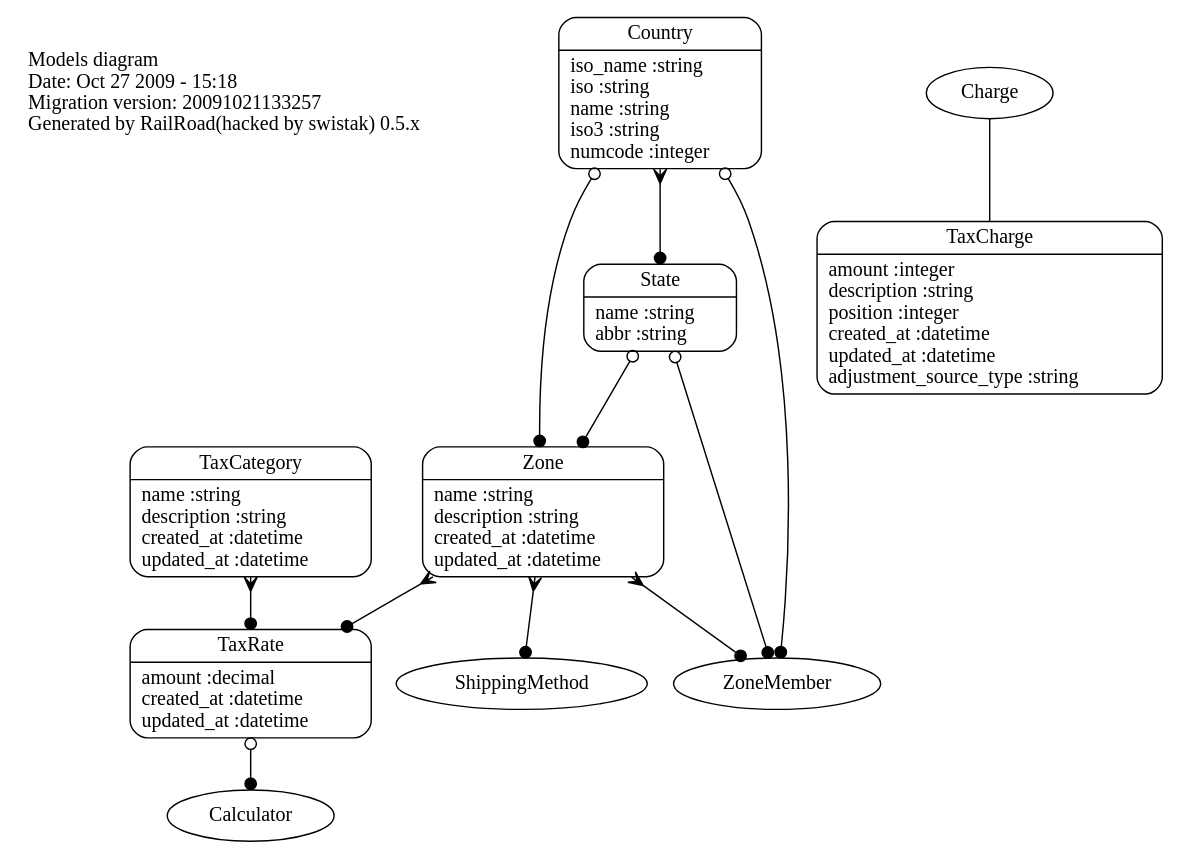
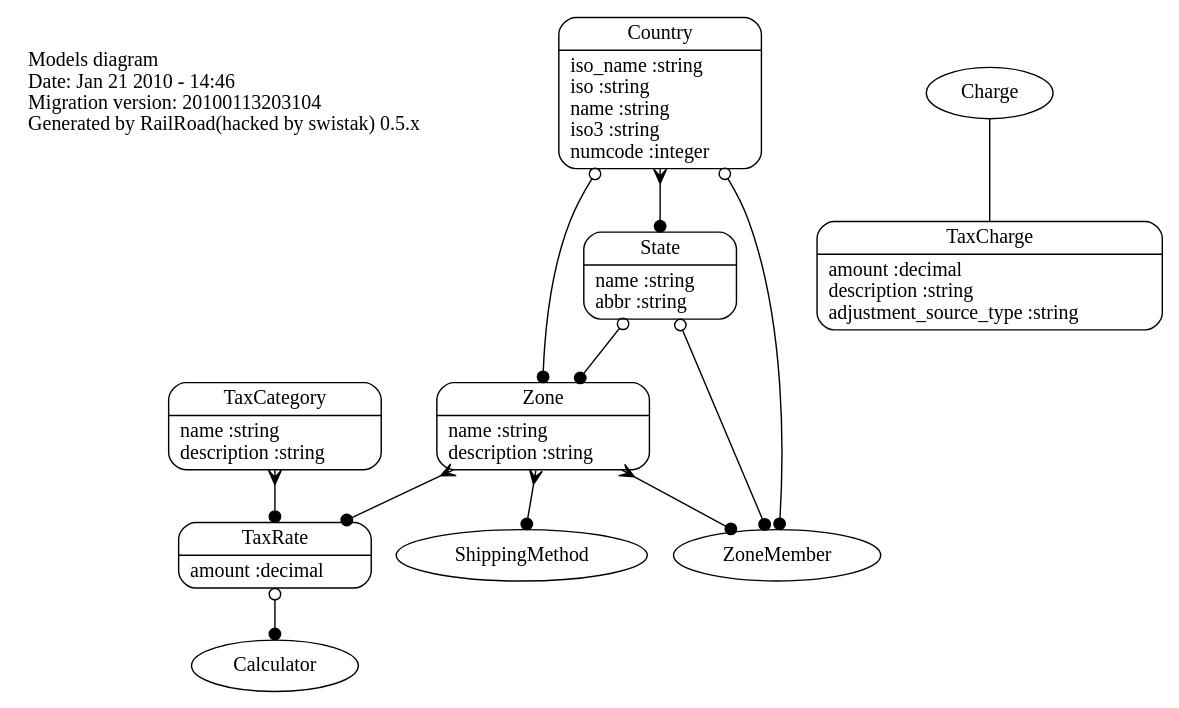
The diagram in files/diagrams/dot/taxation.dot (railsdog/spree-guides), drawn with Graphviz before and after one commit. The commit also changed 16 other files, not shown here.

```diff
--- a/files/diagrams/dot/taxation.dot
+++ b/files/diagrams/dot/taxation.dot
@@ -1,21 +1,21 @@
 digraph models_diagram {
 	graph[overlap=false, splines=true]
-	_diagram_info [shape="plaintext", label="Models diagram\lDate: Oct 27 2009 - 15:18\lMigration version: 20091021133257\lGenerated by RailRoad(hacked by swistak) 0.5.x\l", fontsize=14]
-	"TaxRate" [shape=Mrecord, label="{TaxRate|amount :decimal\lcreated_at :datetime\lupdated_at :datetime\l}"]
-	"TaxCategory" [shape=Mrecord, label="{TaxCategory|name :string\ldescription :string\lcreated_at :datetime\lupdated_at :datetime\l}"]
-	"Zone" [shape=Mrecord, label="{Zone|name :string\ldescription :string\lcreated_at :datetime\lupdated_at :datetime\l}"]
+	_diagram_info [shape="plaintext", label="Models diagram\lDate: Jan 21 2010 - 14:46\lMigration version: 20100113203104\lGenerated by RailRoad(hacked by swistak) 0.5.x\l", fontsize=14]
+	"TaxRate" [shape=Mrecord, label="{TaxRate|amount :decimal\l}"]
+	"TaxCategory" [shape=Mrecord, label="{TaxCategory|name :string\ldescription :string\l}"]
+	"Zone" [shape=Mrecord, label="{Zone|name :string\ldescription :string\l}"]
 	"State" [shape=Mrecord, label="{State|name :string\labbr :string\l}"]
 	"Country" [shape=Mrecord, label="{Country|iso_name :string\liso :string\lname :string\liso3 :string\lnumcode :integer\l}"]
-	"TaxCharge" [shape=Mrecord, label="{TaxCharge|amount :integer\ldescription :string\lposition :integer\lcreated_at :datetime\lupdated_at :datetime\ladjustment_source_type :string\l}"]
+	"TaxCharge" [shape=Mrecord, label="{TaxCharge|amount :decimal\ldescription :string\ladjustment_source_type :string\l}"]
 	"TaxRate" -> "Calculator" [arrowtail=odot, arrowhead=dot, dir=both]
 	"TaxCategory" -> "TaxRate" [arrowtail=crow, arrowhead=dot, dir=both]
 	"Zone" -> "ShippingMethod" [arrowtail=crow, arrowhead=dot, dir=both]
+	"Zone" -> "ZoneMember" [arrowtail=crow, arrowhead=dot, dir=both]
 	"Zone" -> "TaxRate" [arrowtail=crow, arrowhead=dot, dir=both]
-	"Zone" -> "ZoneMember" [arrowtail=crow, arrowhead=dot, dir=both]
+	"State" -> "ZoneMember" [arrowtail=odot, arrowhead=dot, dir=both]
 	"State" -> "Zone" [arrowtail=odot, arrowhead=dot, dir=both]
-	"State" -> "ZoneMember" [arrowtail=odot, arrowhead=dot, dir=both]
+	"Country" -> "State" [arrowtail=crow, arrowhead=dot, dir=both]
+	"Country" -> "ZoneMember" [arrowtail=odot, arrowhead=dot, dir=both]
 	"Country" -> "Zone" [arrowtail=odot, arrowhead=dot, dir=both]
-	"Country" -> "ZoneMember" [arrowtail=odot, arrowhead=dot, dir=both]
-	"Country" -> "State" [arrowtail=crow, arrowhead=dot, dir=both]
 	"Charge" -> "TaxCharge" [label="", arrowhead="none", arrowtail="onormal"]
 }
```
